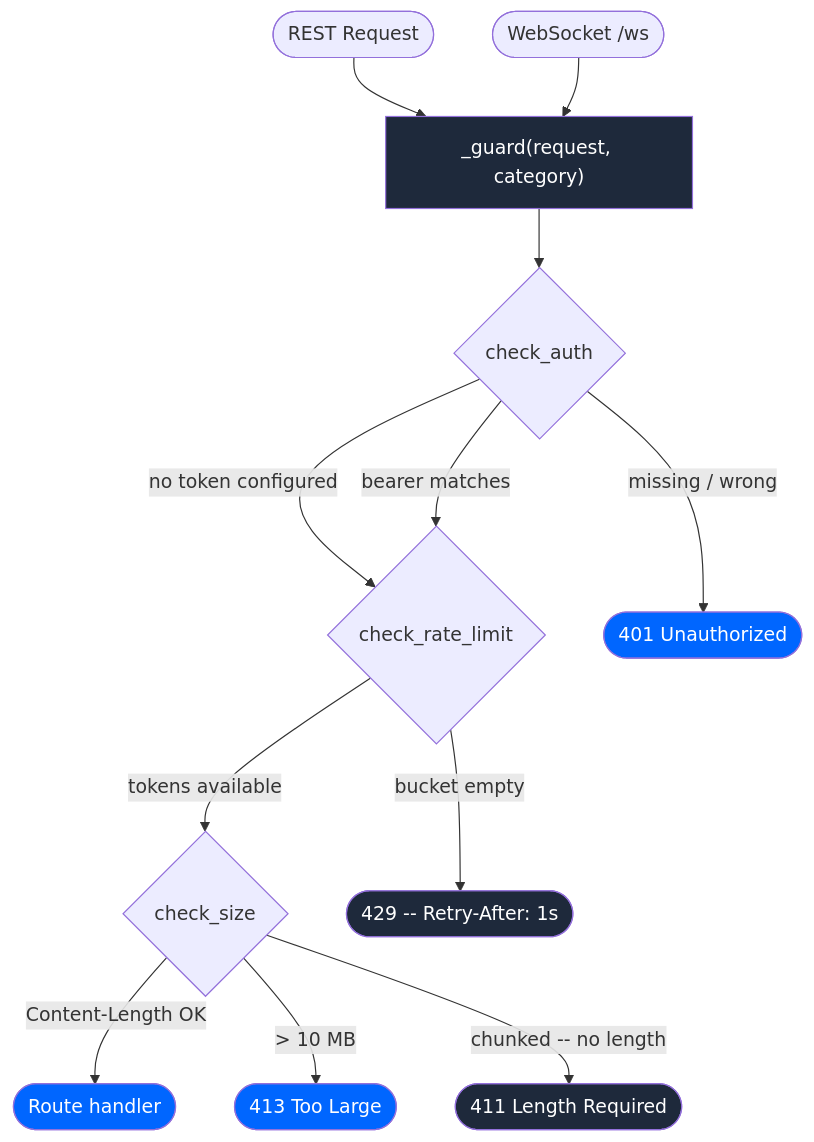
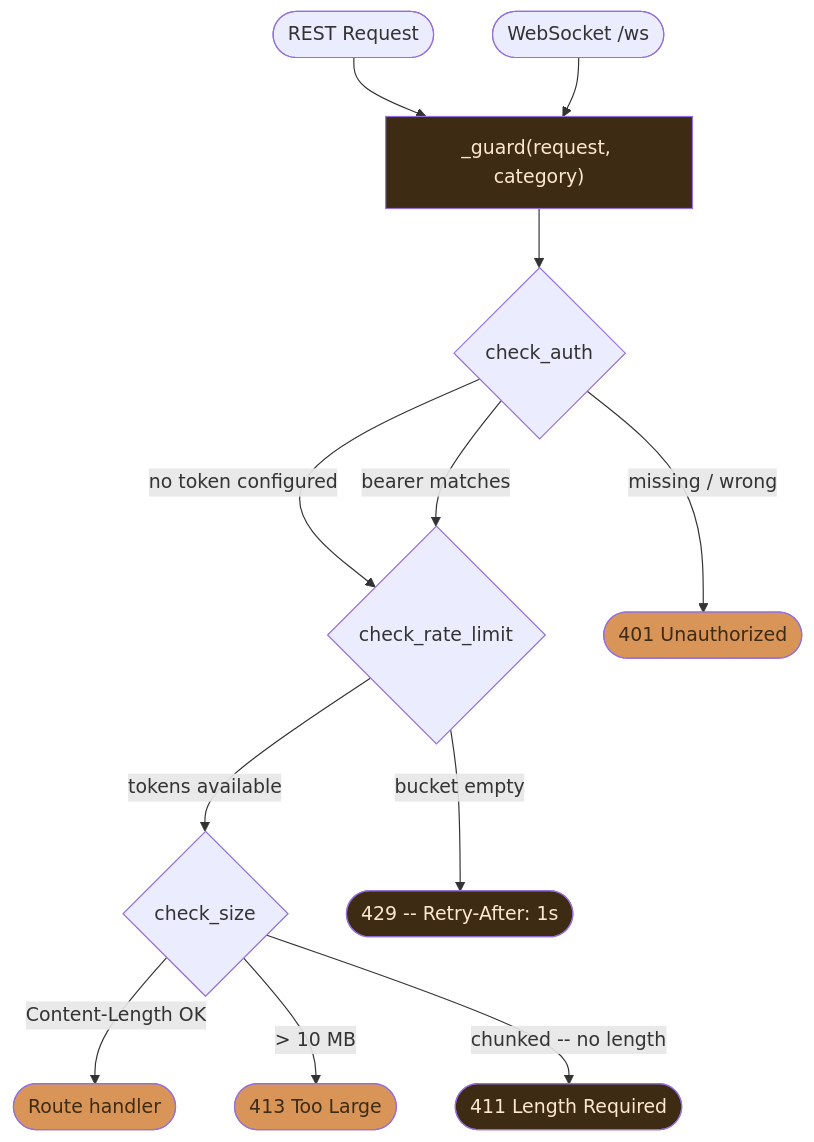
Diagram 13 of 25 in README.md (JosephOIbrahim/Comfy-Cozy), drawn with Mermaid before and after one commit. The commit also changed other lines of this file, not shown here.

First line of the commit message:
[DOCS] Unify mermaid palette across 25 diagrams (warm amber/brown)

````diff
--- a/README.md
+++ b/README.md
@@ -702,21 +702,21 @@
 ```mermaid
 flowchart TD
     REST([REST Request]) --> Guard["_guard(request, category)"]
     WS([WebSocket /ws]) --> Guard
     Guard --> Auth{check_auth}
     Auth -->|"no token configured"| Rate{check_rate_limit}
     Auth -->|"bearer matches"| Rate
     Auth -->|"missing / wrong"| R401(["401 Unauthorized"])
     Rate -->|"tokens available"| Size{check_size}
     Rate -->|"bucket empty"| R429(["429 -- Retry-After: 1s"])
     Size -->|"Content-Length OK"| Handler(["Route handler"])
     Size -->|"> 10 MB"| R413(["413 Too Large"])
     Size -->|"chunked -- no length"| R411(["411 Length Required"])
 
-    style R401 fill:#0066FF,color:#fff
-    style R429 fill:#1e293b,color:#fff
-    style R413 fill:#0066FF,color:#fff
-    style R411 fill:#1e293b,color:#fff
-    style Handler fill:#0066FF,color:#fff
-    style Guard fill:#1e293b,color:#fff
+    style R401 fill:#d99458,color:#3d2b14
+    style R429 fill:#3d2b14,color:#fde8cf
+    style R413 fill:#d99458,color:#3d2b14
+    style R411 fill:#3d2b14,color:#fde8cf
+    style Handler fill:#d99458,color:#3d2b14
+    style Guard fill:#3d2b14,color:#fde8cf
 ```
````
